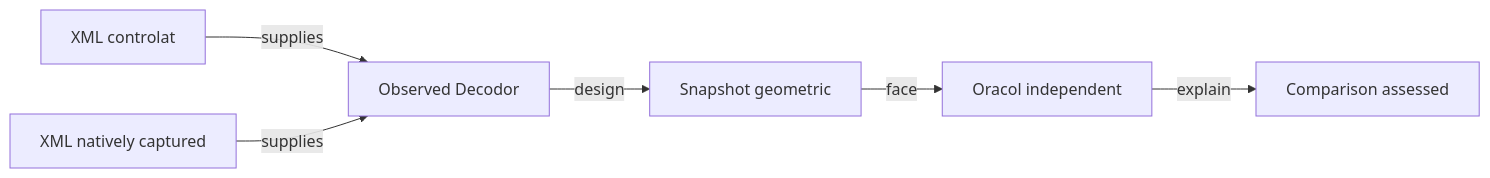
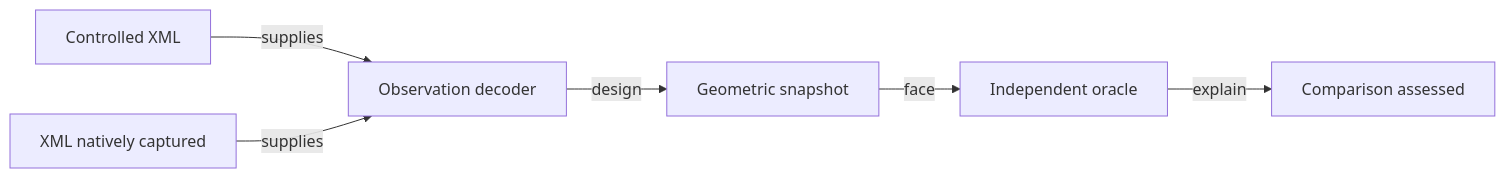
One commit to crististefanita/atf_j4 changed the diagram in docs/testing/ATF_DisplayComponents.md. Above: the diagram before and after it, drawn with Mermaid. The commit also changed other lines of this file and 84 other files, not shown here.

````diff
--- a/docs/testing/ATF_DisplayComponents.md
+++ b/docs/testing/ATF_DisplayComponents.md
@@ -9,8 +9,8 @@
 ```mermaid
 flowchart LR
-    MOCK[XML controlat] -->|supplies| DECODE[Observed Decodor]
+    MOCK[Controlled XML] -->|supplies| DECODE[Observation decoder]
     DEVICE[XML natively captured] -->|supplies| DECODE
-    DECODE -->|design| SNAPSHOT[Snapshot geometric]
-    SNAPSHOT -->|face| ORACLE[Oracol independent]
+    DECODE -->|design| SNAPSHOT[Geometric snapshot]
+    SNAPSHOT -->|face| ORACLE[Independent oracle]
     ORACLE -->|explain| RESULT[Comparison assessed]
 ```
````
